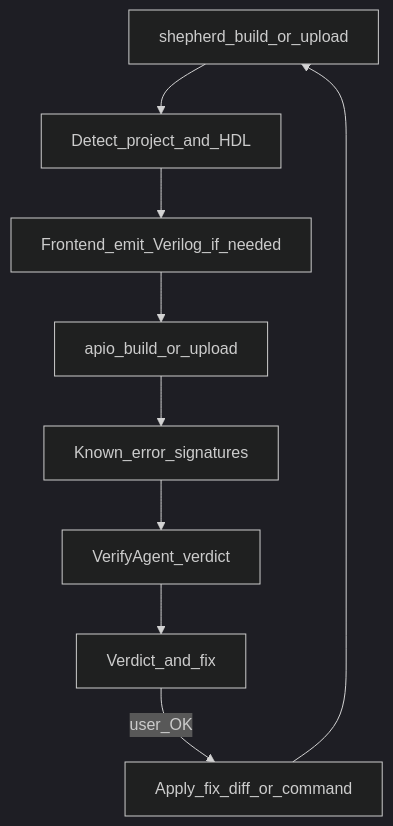
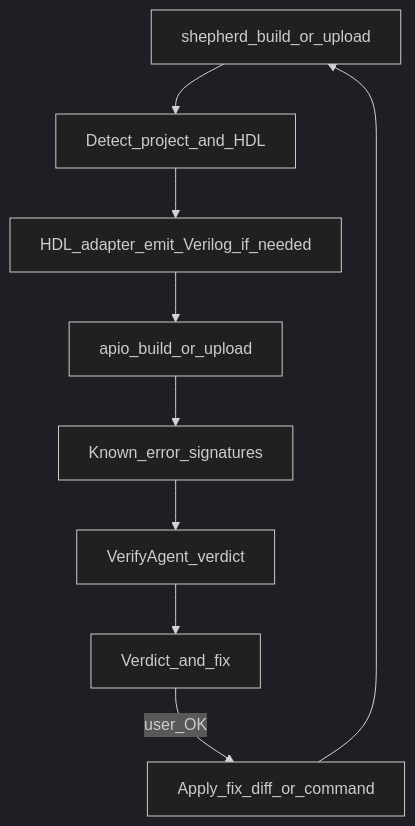
The diagram in PLAN.md (stepacool/FPGA-shepherd), drawn with Mermaid (dark theme) before and after one commit. The commit also changed other lines of this file, not shown here.

Commit message:
Update FPGA Shepherd project plan to replace references to "front end" with "HDL adapter" for clarity in design language processing. This change enhances documentation accuracy regarding the role of HDL adapters in the toolchain and improves user understanding of the project's architecture.

````diff
--- a/PLAN.md
+++ b/PLAN.md
@@ -43,11 +43,11 @@
 ```mermaid
 flowchart TD
   Cmd[shepherd_build_or_upload] --> Detect[Detect_project_and_HDL]
-  Detect --> FE[Frontend_emit_Verilog_if_needed]
-  FE --> Apio[apio_build_or_upload]
+  Detect --> Adapter[HDL_adapter_emit_Verilog_if_needed]
+  Adapter --> Apio[apio_build_or_upload]
   Apio --> Match[Known_error_signatures]
   Match --> Verify[VerifyAgent_verdict]
   Verify --> Report[Verdict_and_fix]
   Report -->|user_OK| Fix[Apply_fix_diff_or_command]
   Fix --> Cmd
 ```
````
